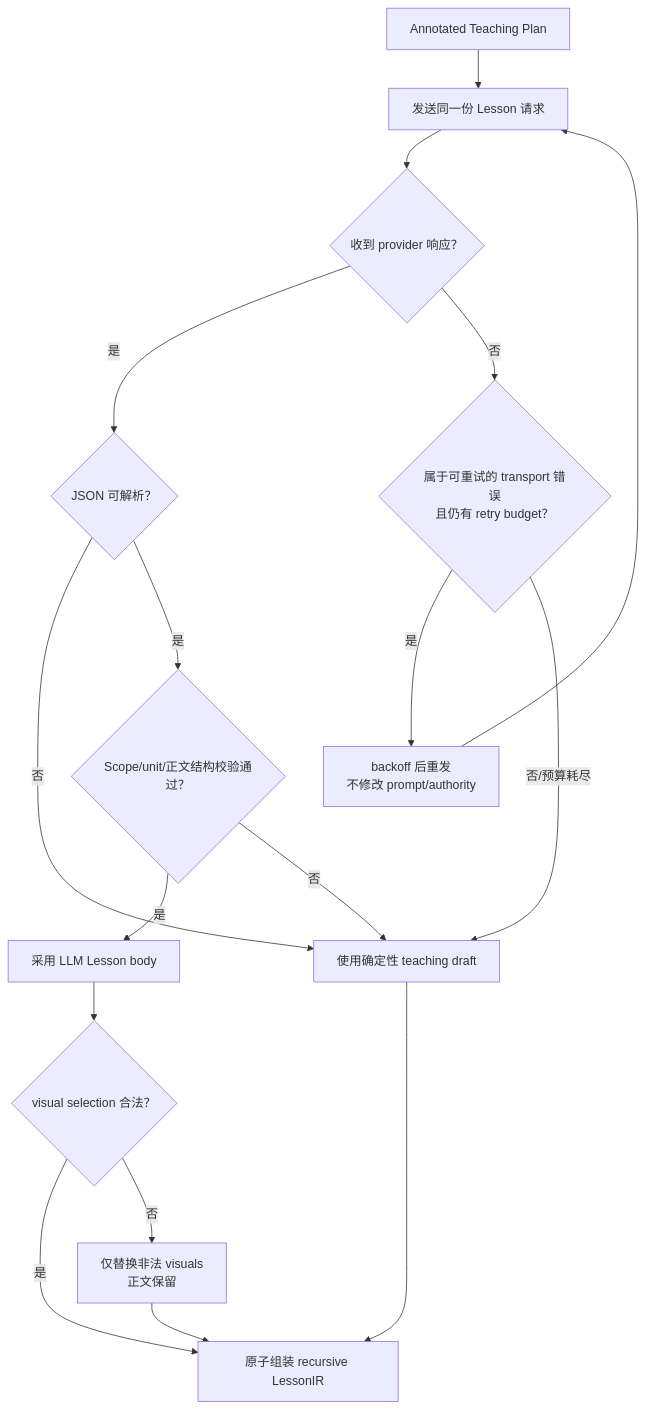
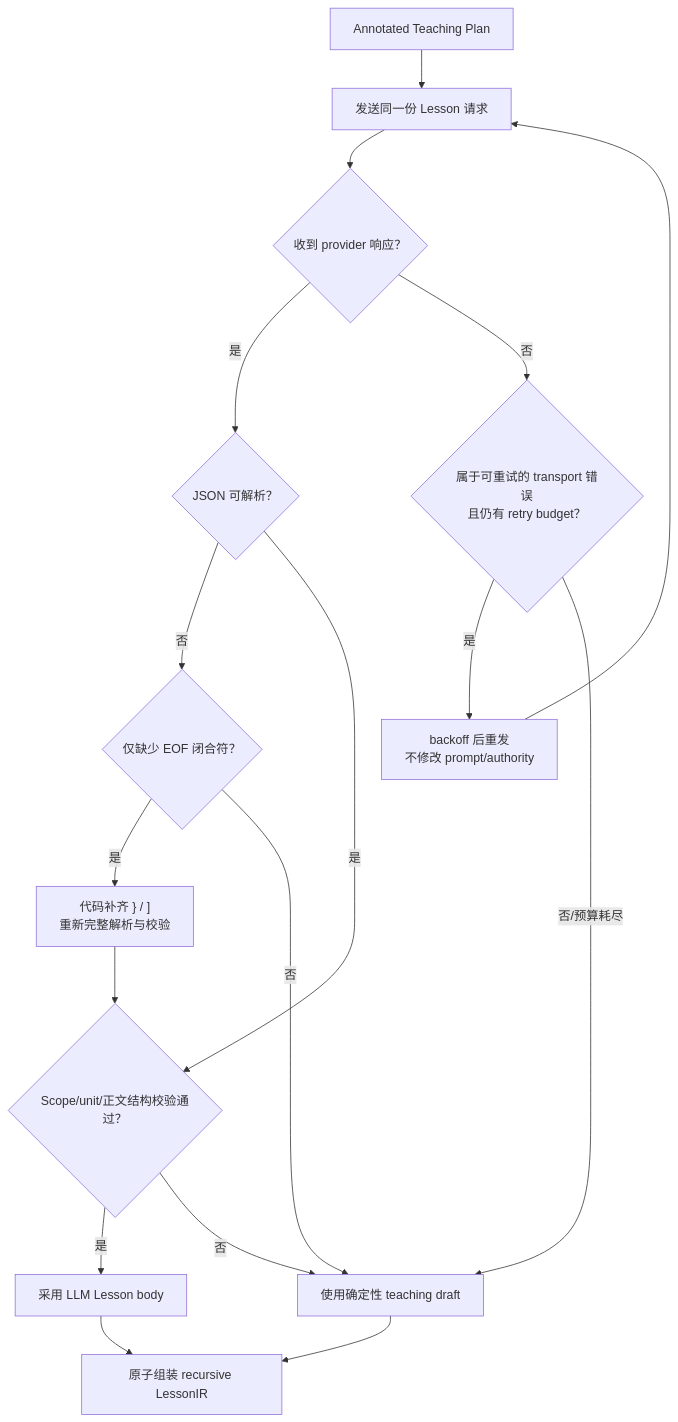
The fifth of 7 diagrams in docs/lesson-scope-llm-authoring-vnext-design.md (rongchenxu100/shuxueshuo), drawn with Mermaid before and after one commit. The commit also changed other lines of this file and 26 other files, not shown here.

````diff
--- a/docs/lesson-scope-llm-authoring-vnext-design.md
+++ b/docs/lesson-scope-llm-authoring-vnext-design.md
@@ -1228,29 +1176,28 @@
 ```mermaid
 flowchart TD
   INPUT["Annotated Teaching Plan"]
   CALL["发送同一份 Lesson 请求"]
   TRANSPORT{"收到 provider 响应？"}
   RETRYABLE{"属于可重试的 transport 错误<br/>且仍有 retry budget？"}
   BACKOFF["backoff 后重发<br/>不修改 prompt/authority"]
   PARSE{"JSON 可解析？"}
+  REPAIR{"仅缺少 EOF 闭合符？"}
+  CLOSE["代码补齐 } / ]<br/>重新完整解析与校验"]
   VALIDATE{"Scope/unit/正文结构校验通过？"}
-  VVALIDATE{"visual selection 合法？"}
   USE["采用 LLM Lesson body"]
-  VDEFAULT["仅替换非法 visuals<br/>正文保留"]
   FALLBACK["使用确定性 teaching draft"]
   COMMIT["原子组装 recursive LessonIR"]
 
   INPUT --> CALL --> TRANSPORT
   TRANSPORT -- "是" --> PARSE
   TRANSPORT -- "否" --> RETRYABLE
   RETRYABLE -- "是" --> BACKOFF --> CALL
   RETRYABLE -- "否/预算耗尽" --> FALLBACK
-  PARSE -- "否" --> FALLBACK
+  PARSE -- "否" --> REPAIR
+  REPAIR -- "是" --> CLOSE --> VALIDATE
+  REPAIR -- "否" --> FALLBACK
   PARSE -- "是" --> VALIDATE
-  VALIDATE -- "是" --> USE
+  VALIDATE -- "是" --> USE --> COMMIT
   VALIDATE -- "否" --> FALLBACK
-  USE --> VVALIDATE
-  VVALIDATE -- "是" --> COMMIT
-  VVALIDATE -- "否" --> VDEFAULT --> COMMIT
   FALLBACK --> COMMIT
 ```
````
